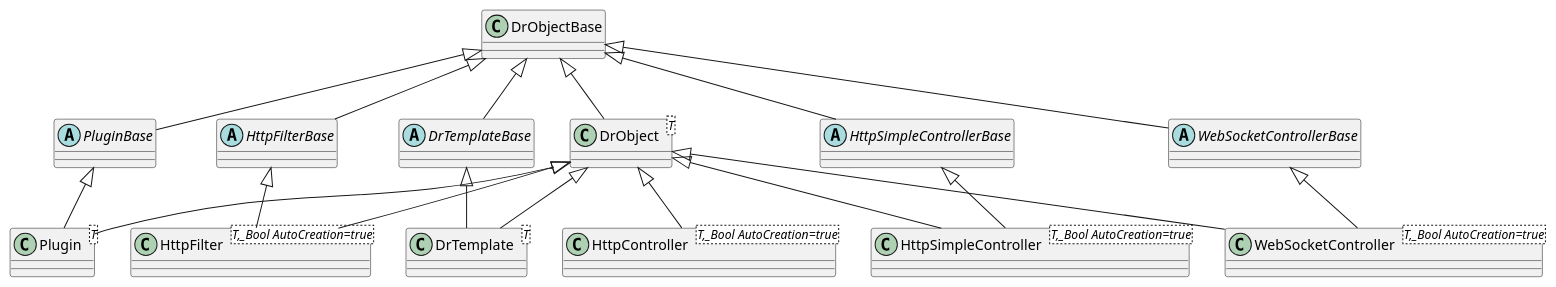
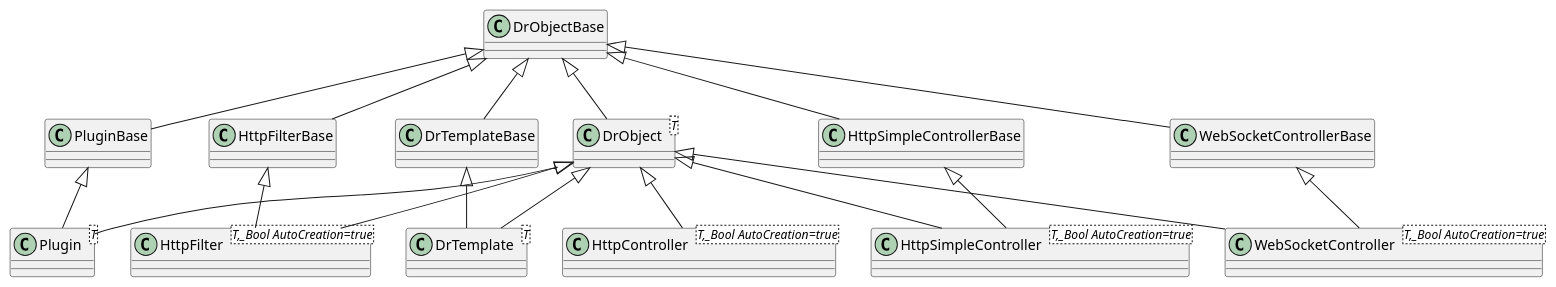
One commit to bkryza/clang-uml-examples changed the diagram in drogon/puml/drobjectbase_hierarchy.puml. Above: the diagram before and after it, drawn with PlantUML. The commit also changed 101 other files, not shown here.

Commit message:
Updated diagrams

```diff
--- a/drogon/puml/drobjectbase_hierarchy.puml
+++ b/drogon/puml/drobjectbase_hierarchy.puml
@@ -1,61 +1,74 @@
 @startuml
 class "DrObjectBase" as C_0000948678946378292650
 class C_0000948678946378292650 {
+__
 }
 class "DrObject<T>" as C_0000928351319055387329
 class C_0000928351319055387329 {
+__
 }
-abstract "PluginBase" as C_0001766132705992294525
-abstract C_0001766132705992294525 {
+class "PluginBase" as C_0001766132705992294525
+class C_0001766132705992294525 {
+__
 }
 class "Plugin<T>" as C_0000090245984191403772
 class C_0000090245984191403772 {
+__
 }
-abstract "HttpFilterBase" as C_0001287349830889935744
-abstract C_0001287349830889935744 {
+class "HttpFilterBase" as C_0001287349830889935744
+class C_0001287349830889935744 {
+__
 }
 class "HttpFilter<T,_Bool AutoCreation=true>" as C_0001423317784030907931
 class C_0001423317784030907931 {
+__
 }
-abstract "DrTemplateBase" as C_0000286555068366301766
-abstract C_0000286555068366301766 {
+class "DrTemplateBase" as C_0000286555068366301766
+class C_0000286555068366301766 {
+__
 }
 class "DrTemplate<T>" as C_0000730908334399288167
 class C_0000730908334399288167 {
+__
 }
-abstract "HttpSimpleControllerBase" as C_0000128620413217137181
-abstract C_0000128620413217137181 {
+class "HttpSimpleControllerBase" as C_0000128620413217137181
+class C_0000128620413217137181 {
+__
 }
-abstract "WebSocketControllerBase" as C_0001615046545627727628
-abstract C_0001615046545627727628 {
+class "WebSocketControllerBase" as C_0001615046545627727628
+class C_0001615046545627727628 {
+__
 }
 class "HttpController<T,_Bool AutoCreation=true>" as C_0000022864597420834899
 class C_0000022864597420834899 {
+__
 }
 class "HttpSimpleController<T,_Bool AutoCreation=true>" as C_0000230834042887687668
 class C_0000230834042887687668 {
+__
 }
 class "WebSocketController<T,_Bool AutoCreation=true>" as C_0001306947998463000992
 class C_0001306947998463000992 {
+__
 }
 C_0000948678946378292650 <|-- C_0000928351319055387329
 C_0000948678946378292650 <|-- C_0001766132705992294525
 C_0001766132705992294525 <|-- C_0000090245984191403772
 C_0000928351319055387329 <|-- C_0000090245984191403772
 C_0000948678946378292650 <|-- C_0001287349830889935744
 C_0000928351319055387329 <|-- C_0001423317784030907931
 C_0001287349830889935744 <|-- C_0001423317784030907931
 C_0000948678946378292650 <|-- C_0000286555068366301766
 C_0000928351319055387329 <|-- C_0000730908334399288167
 C_0000286555068366301766 <|-- C_0000730908334399288167
 C_0000948678946378292650 <|-- C_0000128620413217137181
 C_0000948678946378292650 <|-- C_0001615046545627727628
 C_0000928351319055387329 <|-- C_0000022864597420834899
 C_0000928351319055387329 <|-- C_0000230834042887687668
 C_0000128620413217137181 <|-- C_0000230834042887687668
 C_0000928351319055387329 <|-- C_0001306947998463000992
 C_0001615046545627727628 <|-- C_0001306947998463000992
 
-'Generated with clang-uml, version 0.3.5-1-g9a5a152
+'Generated with clang-uml, version 0.3.6-29-g238bfb0
 'LLVM version Ubuntu clang version 15.0.6
 @enduml
```
